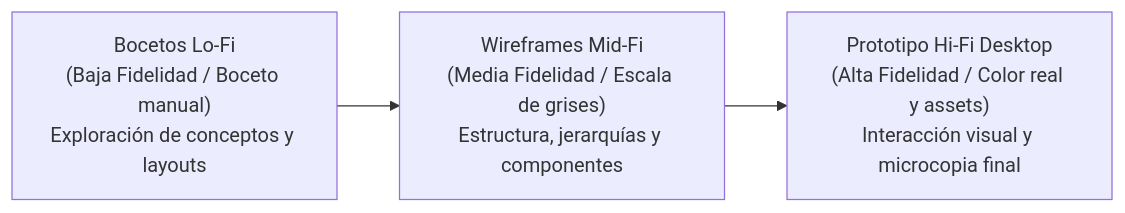
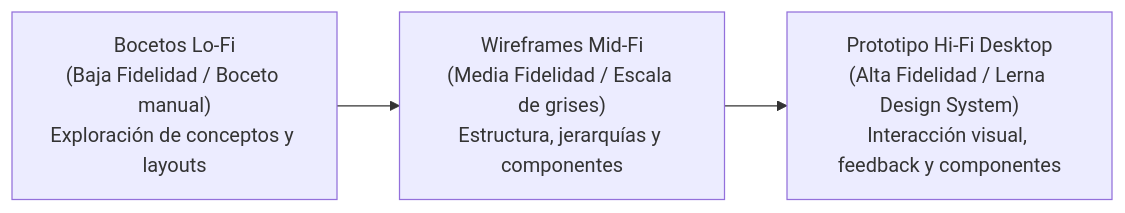
Before and after one commit to portomartin/9524: the diagram in proyecto-wbs/docs/Entrega/4.3.7-diseno-ux-y-wireframes.md, drawn with Mermaid. The commit also changed other lines of this file and 67 other files, not shown here.

````diff
--- a/proyecto-wbs/docs/Entrega/4.3.7-diseno-ux-y-wireframes.md
+++ b/proyecto-wbs/docs/Entrega/4.3.7-diseno-ux-y-wireframes.md
@@ -12,5 +12,5 @@
 ```mermaid
 flowchart LR
     A["Bocetos Lo-Fi\n(Baja Fidelidad / Boceto manual)\nExploración de conceptos y layouts"] --> B["Wireframes Mid-Fi\n(Media Fidelidad / Escala de grises)\nEstructura, jerarquías y componentes"]
-    B --> C["Prototipo Hi-Fi Desktop\n(Alta Fidelidad / Color real y assets)\nInteracción visual y microcopia final"]
+    B --> C["Prototipo Hi-Fi Desktop\n(Alta Fidelidad / Lerna Design System)\nInteracción visual, feedback y componentes"]
 ```
````
